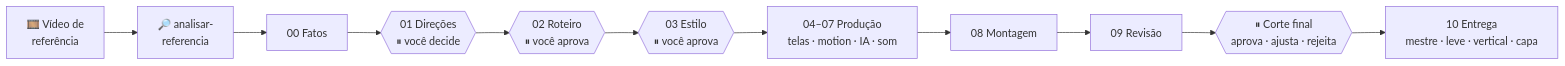
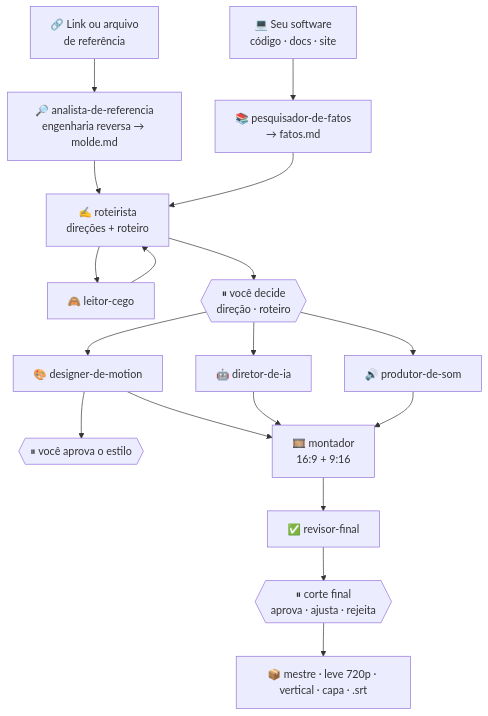
One commit to HelenaCarrano/Agentes-video-lab changed the diagram in README.md. Above: the diagram before and after it, drawn with Mermaid. The commit also changed other lines of this file and 15 other files, not shown here.

First line of the commit message:
Equipe de agentes, referencia por link e README reescrito

````diff
--- a/README.md
+++ b/README.md
@@ -37,13 +53,18 @@
 ```mermaid
-flowchart LR
-    R[🎞️ Vídeo de<br/>referência] --> A[🔎 analisar-<br/>referencia]
-    A --> F[00 Fatos]
-    F --> D{{01 Direções<br/>⏸ você decide}}
-    D --> RO{{02 Roteiro<br/>⏸ você aprova}}
-    RO --> E{{03 Estilo<br/>⏸ você aprova}}
-    E --> P[04–07 Produção<br/>telas · motion · IA · som]
-    P --> M[08 Montagem]
-    M --> V[09 Revisão]
-    V --> C{{⏸ Corte final<br/>aprova · ajusta · rejeita}}
-    C --> X[10 Entrega<br/>mestre · leve · vertical · capa]
+flowchart TD
+    L["🔗 Link ou arquivo<br/>de referência"] --> A["🔎 analista-de-referencia<br/>engenharia reversa → molde.md"]
+    S["💻 Seu software<br/>código · docs · site"] --> P["📚 pesquisador-de-fatos<br/>→ fatos.md"]
+    A --> R
+    P --> R["✍️ roteirista<br/>direções + roteiro"]
+    R --> B["🙈 leitor-cego"]
+    B --> R
+    R --> D1{{"⏸ você decide<br/>direção · roteiro"}}
+    D1 --> M["🎨 designer-de-motion"]
+    D1 --> I["🤖 diretor-de-ia"]
+    D1 --> O["🔊 produtor-de-som"]
+    M --> E{{"⏸ você aprova o estilo"}}
+    M & I & O --> MO["🎞️ montador<br/>16:9 + 9:16"]
+    MO --> RV["✅ revisor-final"]
+    RV --> C{{"⏸ corte final<br/>aprova · ajusta · rejeita"}}
+    C --> X["📦 mestre · leve 720p · vertical · capa · .srt"]
 ```
````
